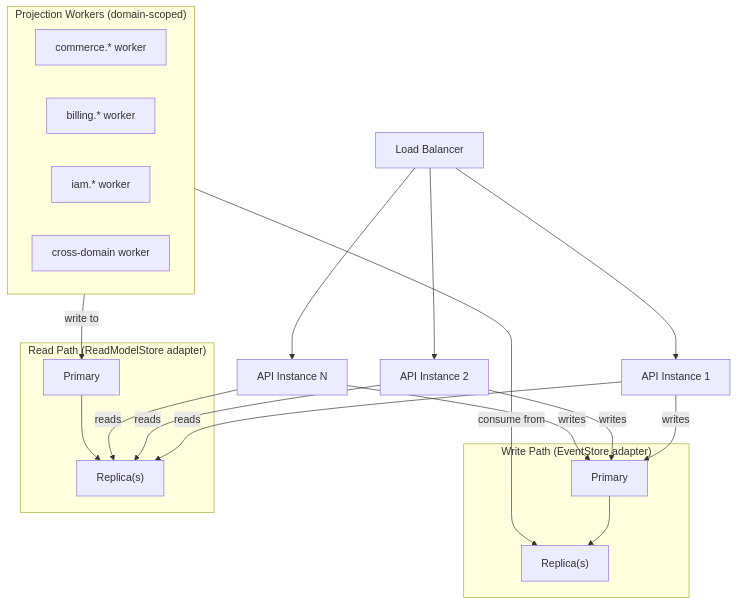
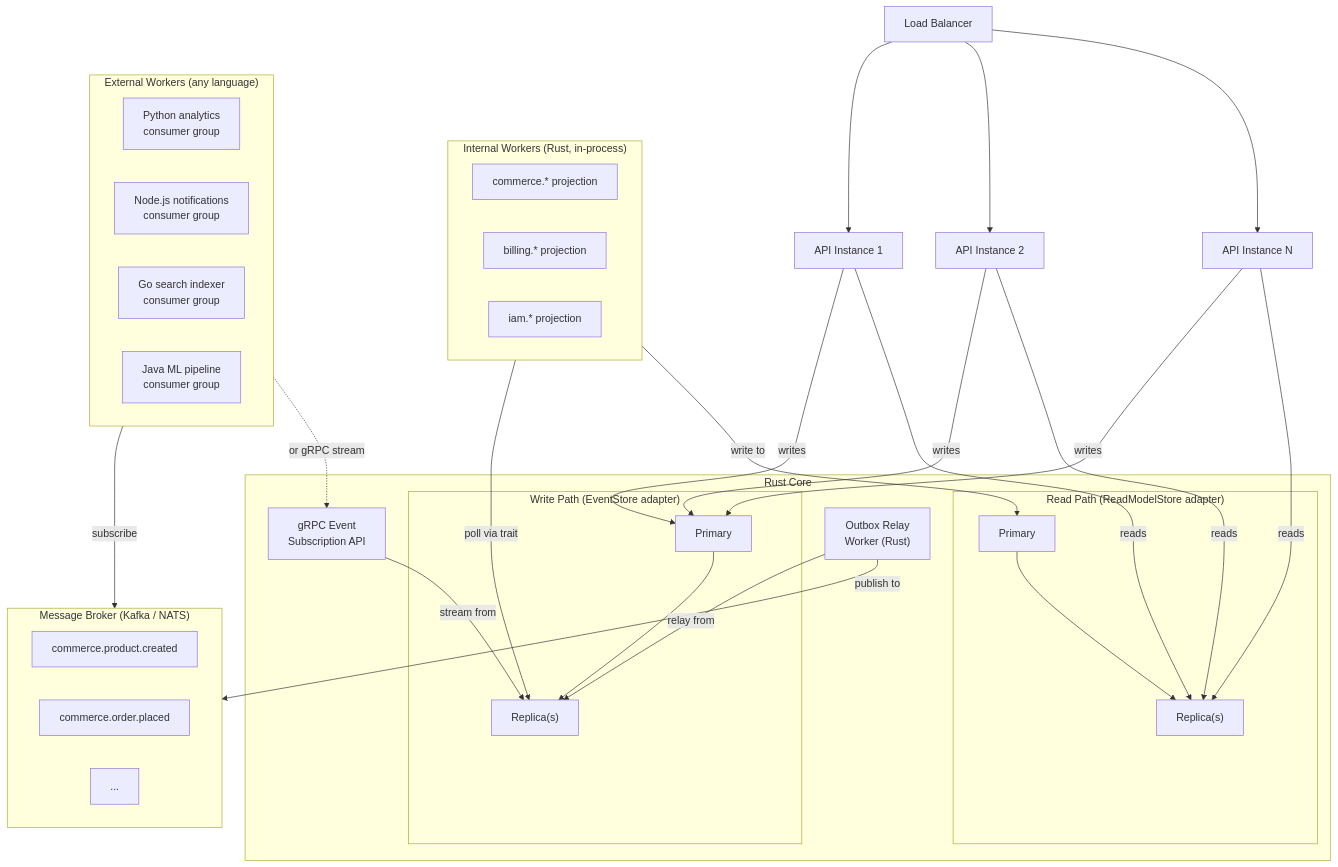
Diagram 18 of 19 in .claude/.notes/Event-Driven-System.md (hlop3z/claude-ai-dangerous), drawn with Mermaid before and after one commit. The commit also changed other lines of this file, not shown here.

````diff
--- a/.claude/.notes/Event-Driven-System.md
+++ b/.claude/.notes/Event-Driven-System.md
@@ -1769,37 +2604,61 @@
 ```mermaid
 flowchart TD
     LB["Load Balancer"]
     LB --> API1["API Instance 1"]
     LB --> API2["API Instance 2"]
     LB --> APIN["API Instance N"]
 
-    subgraph Write["Write Path (EventStore adapter)"]
-        ES_PRIMARY["Primary"]
-        ES_REPLICA["Replica(s)"]
+    subgraph RustCore["Rust Core"]
+        subgraph Write["Write Path (EventStore adapter)"]
+            ES_PRIMARY["Primary"]
+            ES_REPLICA["Replica(s)"]
+        end
+
+        subgraph Read["Read Path (ReadModelStore adapter)"]
+            RM_PRIMARY["Primary"]
+            RM_REPLICA["Replica(s)"]
+        end
+
+        GRPC["gRPC Event\nSubscription API"]
+        RELAY["Outbox Relay\nWorker (Rust)"]
     end
 
-    subgraph Read["Read Path (ReadModelStore adapter)"]
-        RM_PRIMARY["Primary"]
-        RM_REPLICA["Replica(s)"]
+    subgraph InternalWorkers["Internal Workers (Rust, in-process)"]
+        PW1["commerce.* projection"]
+        PW2["billing.* projection"]
+        PW3["iam.* projection"]
     end
 
-    subgraph Projections["Projection Workers (domain-scoped)"]
-        PW1["commerce.* worker"]
-        PW2["billing.* worker"]
-        PW3["iam.* worker"]
-        PW4["cross-domain worker"]
+    subgraph Broker["Message Broker (Kafka / NATS)"]
+        T1["commerce.product.created"]
+        T2["commerce.order.placed"]
+        TN["..."]
+    end
+
+    subgraph ExternalWorkers["External Workers (any language)"]
+        EW1["Python analytics\nconsumer group"]
+        EW2["Node.js notifications\nconsumer group"]
+        EW3["Go search indexer\nconsumer group"]
+        EW4["Java ML pipeline\nconsumer group"]
     end
 
     API1 -->|"writes"| ES_PRIMARY
     API2 -->|"writes"| ES_PRIMARY
     APIN -->|"writes"| ES_PRIMARY
     API1 -->|"reads"| RM_REPLICA
     API2 -->|"reads"| RM_REPLICA
     APIN -->|"reads"| RM_REPLICA
 
-    Projections -->|"consume from"| ES_REPLICA
-    Projections -->|"write to"| RM_PRIMARY
+    InternalWorkers -->|"poll via trait"| ES_REPLICA
+    InternalWorkers -->|"write to"| RM_PRIMARY
+
+    GRPC -->|"stream from"| ES_REPLICA
+    RELAY -->|"relay from"| ES_REPLICA
+    RELAY -->|"publish to"| Broker
+
+    ExternalWorkers -->|"subscribe"| Broker
+    ExternalWorkers -.->|"or gRPC stream"| GRPC
 
     ES_PRIMARY --> ES_REPLICA
     RM_PRIMARY --> RM_REPLICA
 ```
````
